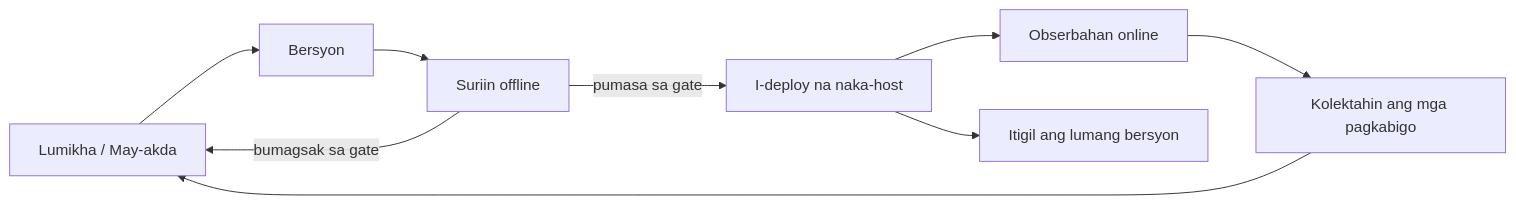
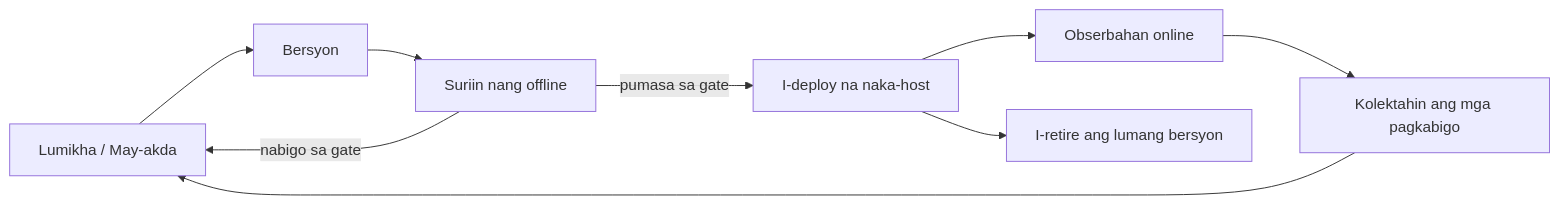
One commit to gabrielmoreira/agent-skills-mirror changed the second of 4 diagrams in mirrors/repos/microsoft@ai-agents-for-beginners/translations/tl/16-deploying-scalable-agents/README.md. Above: the diagram before and after it, drawn with Mermaid. The commit also changed other lines of this file and 4262 other files, not shown here.

````diff
--- a/mirrors/repos/microsoft@ai-agents-for-beginners/translations/tl/16-deploying-scalable-agents/README.md
+++ b/mirrors/repos/microsoft@ai-agents-for-beginners/translations/tl/16-deploying-scalable-agents/README.md
@@ -108,11 +108,11 @@
 ```mermaid
 flowchart LR
     Create[Lumikha / May-akda] --> Version[Bersyon]
-    Version --> Evaluate[Suriin offline]
+    Version --> Evaluate[Suriin nang offline]
     Evaluate -->|pumasa sa gate| Deploy[I-deploy na naka-host]
-    Evaluate -->|bumagsak sa gate| Create
+    Evaluate -->|nabigo sa gate| Create
     Deploy --> Observe[Obserbahan online]
     Observe --> Improve[Kolektahin ang mga pagkabigo]
     Improve --> Create
-    Deploy --> Retire[Itigil ang lumang bersyon]
+    Deploy --> Retire[I-retire ang lumang bersyon]
 ```
````
